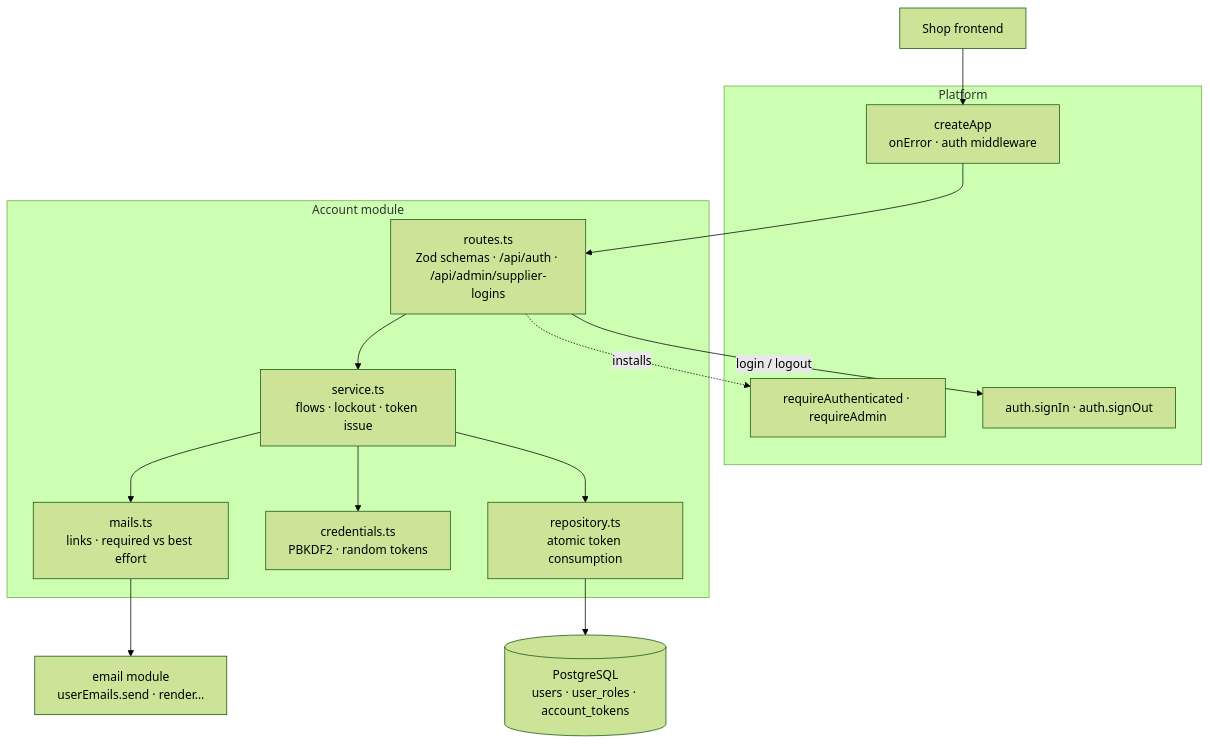
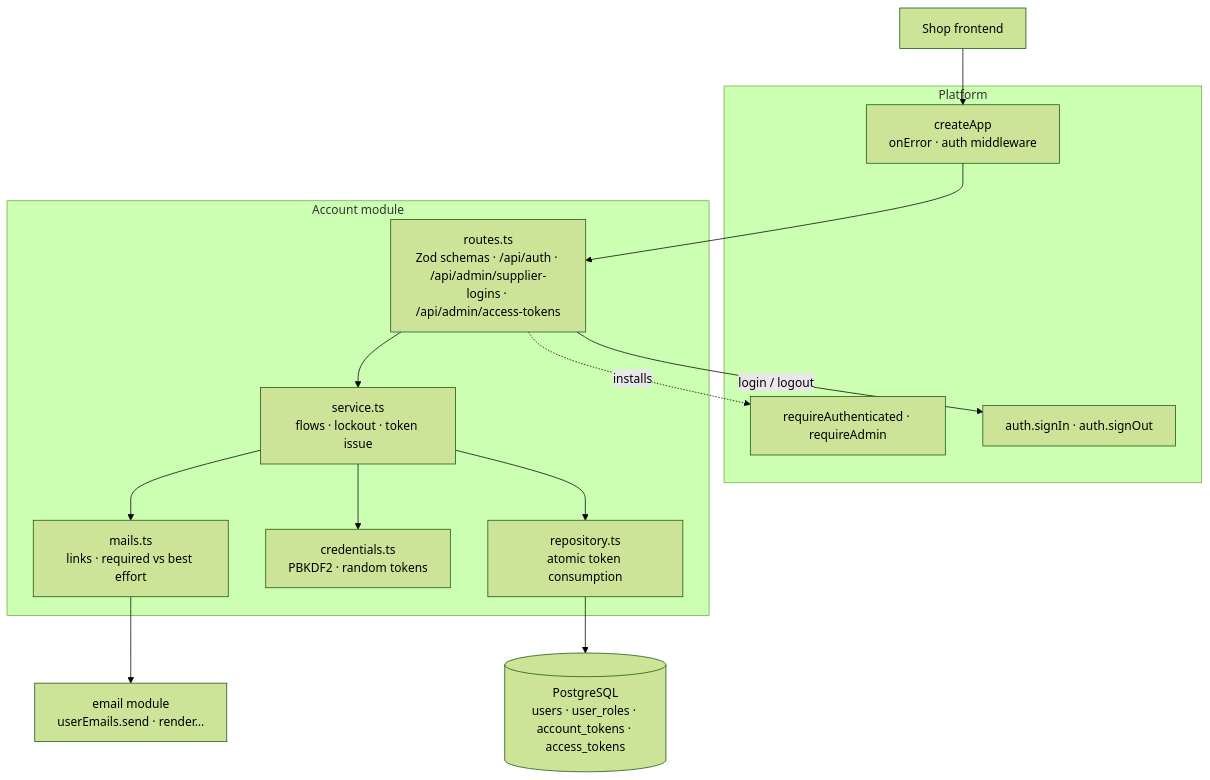
Before and after one commit to bitstorm-tech/voenix-shop-kotlin: the diagram in docs/dev/backend/packages/account-package.md, drawn with Mermaid (forest theme). The commit also changed other lines of this file and 24 other files, not shown here.

First line of the commit message:
Authenticate admin routes that opt in with access tokens

````diff
--- a/docs/dev/backend/packages/account-package.md
+++ b/docs/dev/backend/packages/account-package.md
@@ -34,29 +34,29 @@
 ```mermaid
 flowchart TB
     Client["Shop frontend"]
 
     subgraph Platform["Platform"]
         App["createApp<br/>onError · auth middleware"]
         Protect["requireAuthenticated · requireAdmin"]
         Session["auth.signIn · auth.signOut"]
     end
 
     subgraph Account["Account module"]
-        Routes["routes.ts<br/>Zod schemas · /api/auth · /api/admin/supplier-logins"]
+        Routes["routes.ts<br/>Zod schemas · /api/auth · /api/admin/supplier-logins · /api/admin/access-tokens"]
         Service["service.ts<br/>flows · lockout · token issue"]
         Mails["mails.ts<br/>links · required vs best effort"]
         Credentials["credentials.ts<br/>PBKDF2 · random tokens"]
         Repository["repository.ts<br/>atomic token consumption"]
     end
 
     Email["email module<br/>userEmails.send · render…"]
-    Tables[("PostgreSQL<br/>users · user_roles · account_tokens")]
+    Tables[("PostgreSQL<br/>users · user_roles · account_tokens · access_tokens")]
 
     Client --> App --> Routes
     Routes -.->|"installs"| Protect
     Routes -->|"login / logout"| Session
     Routes --> Service
     Service --> Credentials
     Service --> Mails --> Email
     Service --> Repository --> Tables
 ```
````
